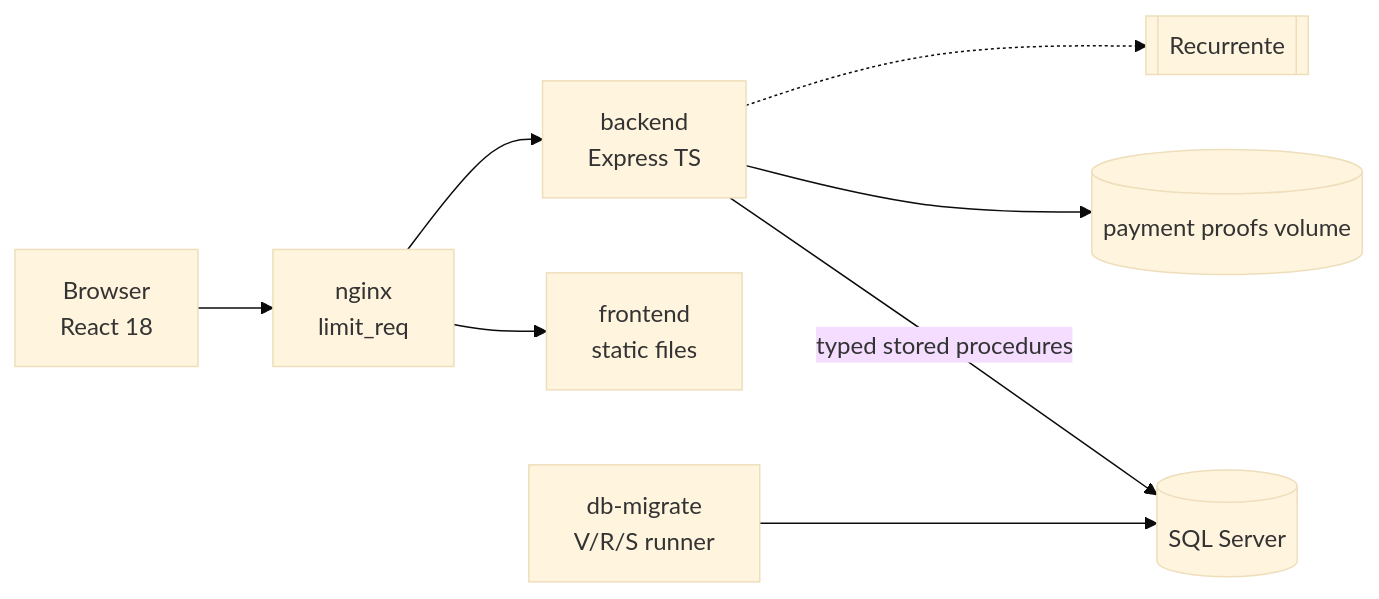
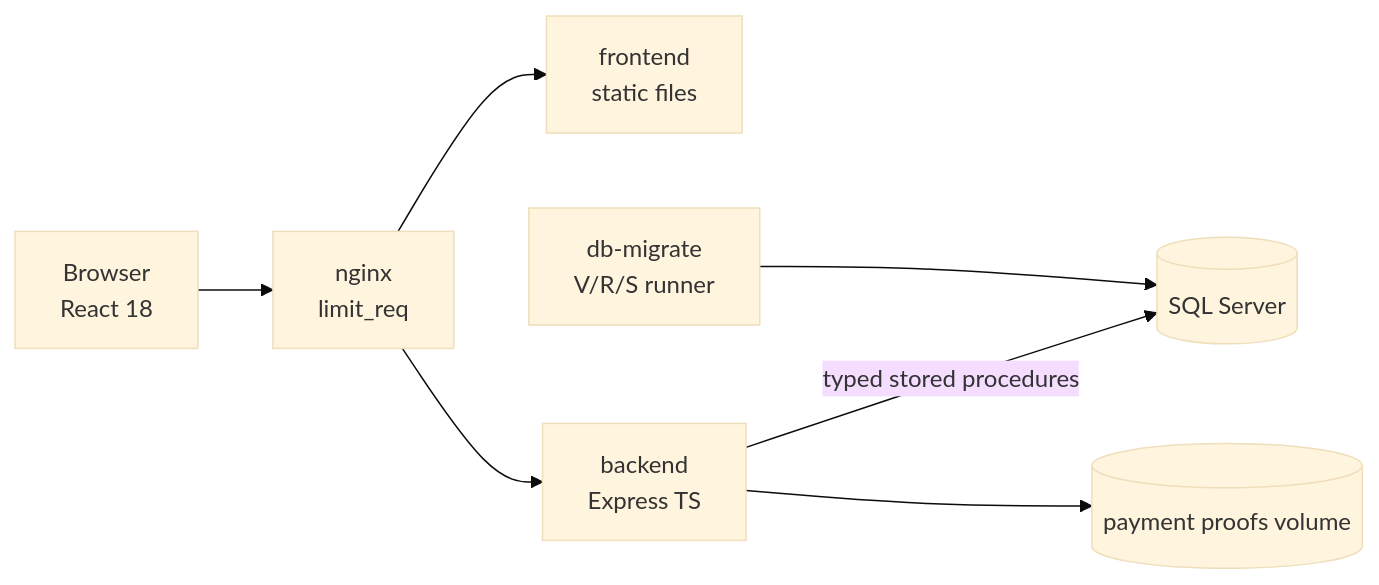
Before and after one commit to RedeArmy/bakery-shopcart-ecommerce: the first of 3 diagrams in README.en.md, drawn with Mermaid (base theme). The commit also changed other lines of this file and 28 other files, not shown here.

First line of the commit message:
docs: verify the delivery with Postman, align the architecture and rename the bakery (#42)

````diff
--- a/README.en.md
+++ b/README.en.md
@@ -42,10 +48,9 @@
 ```mermaid
 flowchart LR
   B[Browser<br/>React 18] --> N[nginx<br/>limit_req]
   N --> F[frontend<br/>static files]
   N --> A[backend<br/>Express TS]
   A -->|typed stored procedures| DB[(SQL Server)]
   A --> V[(payment proofs volume)]
   M[db-migrate<br/>V/R/S runner] --> DB
-  A -.-> R[[Recurrente]]
 ```
````
